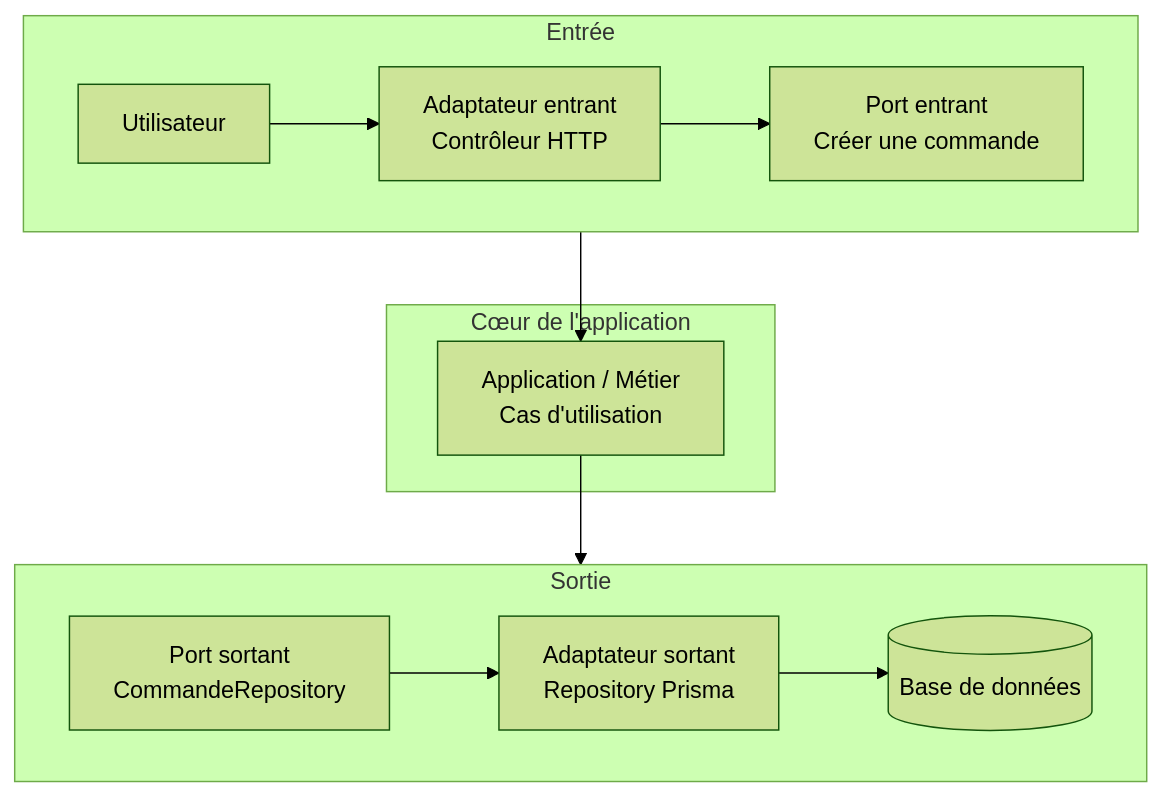
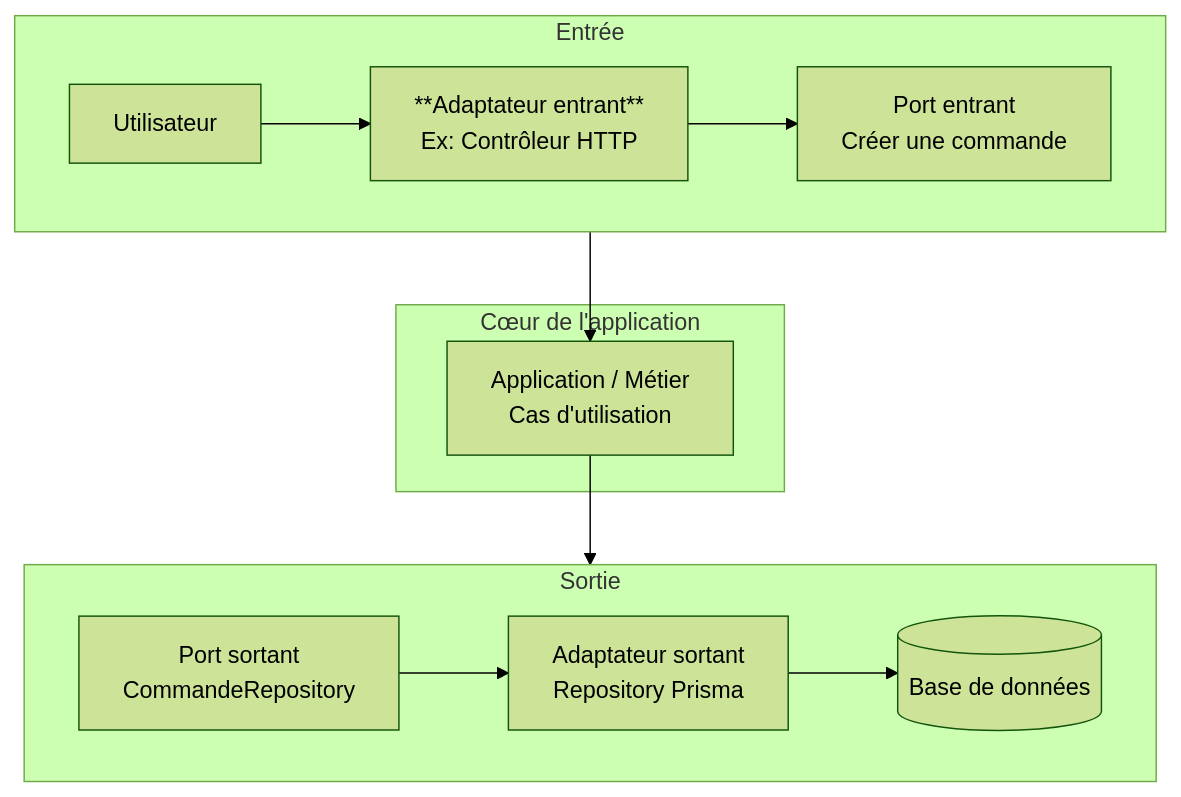
One commit to donnatchris/DDD changed the fourth of 4 diagrams in ARCHITECTURE.md. Above: the diagram before and after it, drawn with Mermaid (forest theme).

````diff
--- a/ARCHITECTURE.md
+++ b/ARCHITECTURE.md
@@ -278,28 +278,28 @@
 ```mermaid
 flowchart TB
 
     subgraph ENTREE["Entrée"]
         direction LR
         USER[Utilisateur]
-        CONTROLLER[Adaptateur entrant<br/>Contrôleur HTTP]
+        CONTROLLER[**Adaptateur entrant**<br/>Ex: Contrôleur HTTP]
         INPORT[Port entrant<br/>Créer une commande]
 
         USER --> CONTROLLER --> INPORT
     end
 
     subgraph COEUR["Cœur de l'application"]
         APP[Application / Métier<br/>Cas d'utilisation]
     end
 
     subgraph SORTIE["Sortie"]
         direction LR
         OUTPORT[Port sortant<br/>CommandeRepository]
         REPOSITORY[Adaptateur sortant<br/>Repository Prisma]
         DB[(Base de données)]
 
         OUTPORT --> REPOSITORY --> DB
     end
 
     INPORT --> APP
     APP --> OUTPORT
 ```
````
